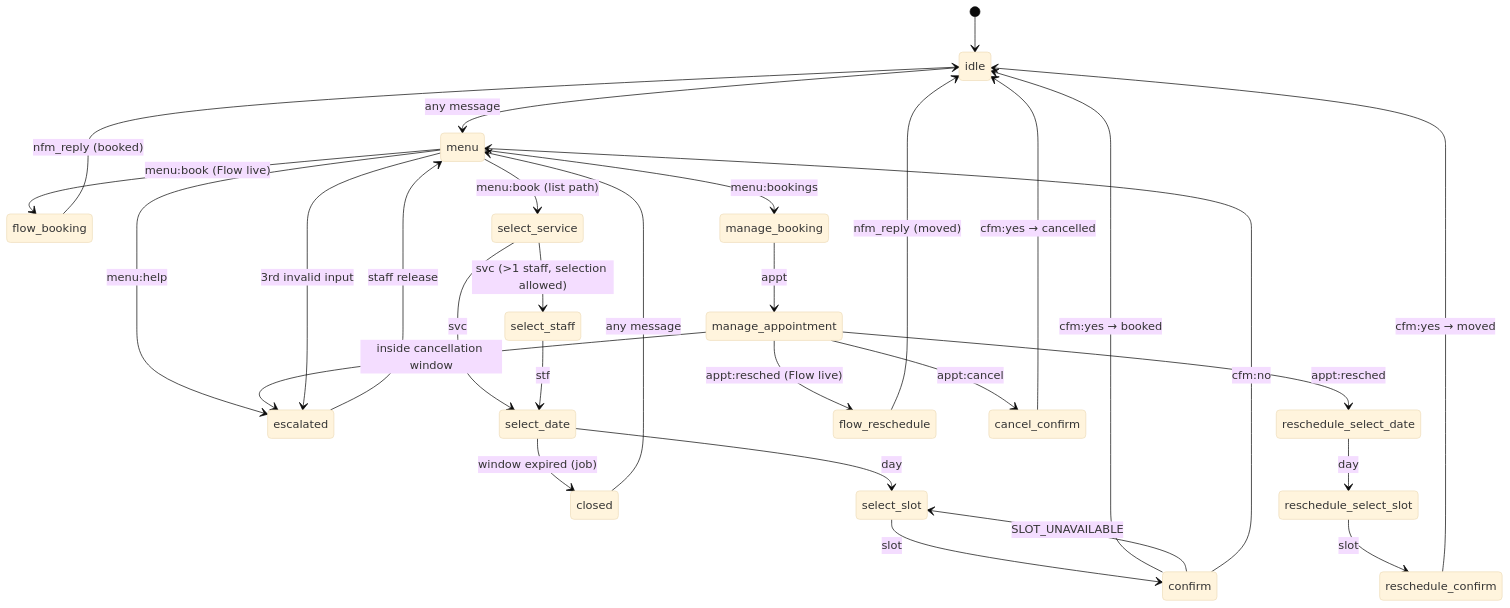
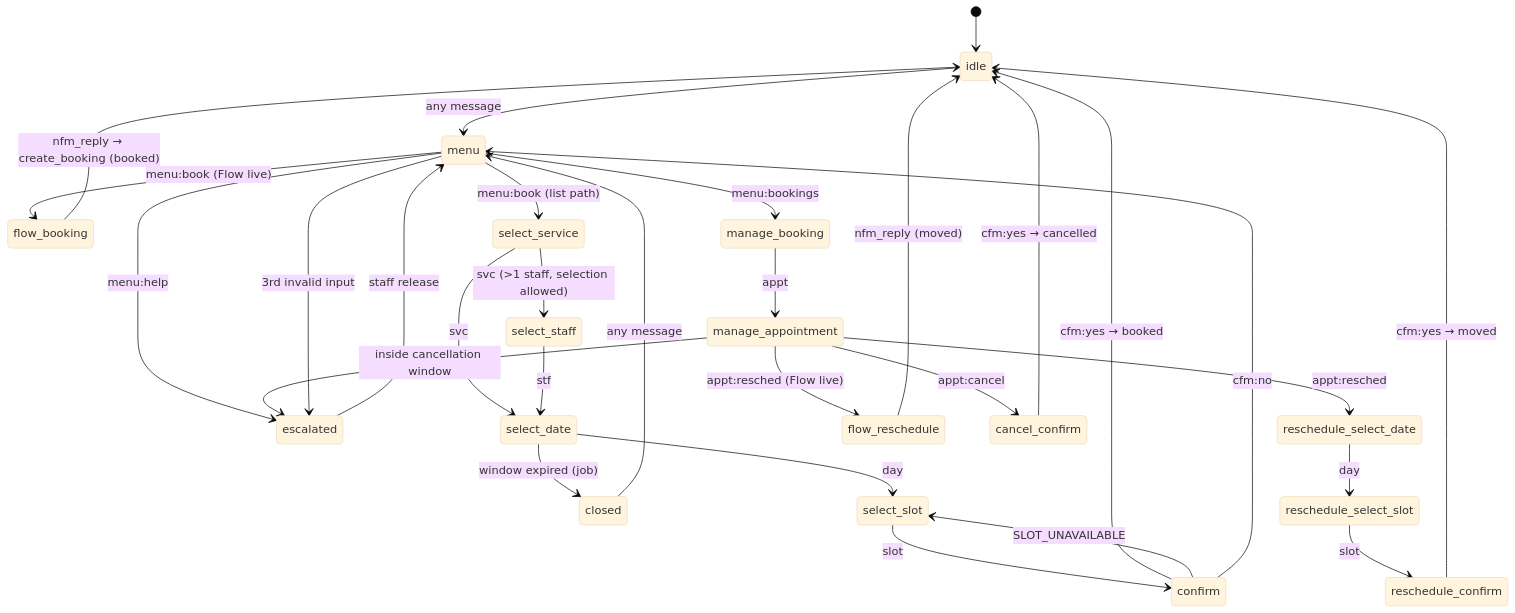
The diagram in docs/whatsapp.md (Penetron-Returns/MobileAppProject), drawn with Mermaid (base theme) before and after one commit. The commit also changed other lines of this file and 17 other files, not shown here.

First line of the commit message:
Port the production booking Flow (SERVICE, DATETIME, SUMMARY) to the backend

````diff
--- a/docs/whatsapp.md
+++ b/docs/whatsapp.md
@@ -131,32 +131,32 @@
 ```mermaid
 stateDiagram-v2
     [*] --> idle
     idle --> menu: any message
     closed --> menu: any message
     menu --> flow_booking: menu:book (Flow live)
     menu --> select_service: menu:book (list path)
     menu --> manage_booking: menu:bookings
     menu --> escalated: menu:help
     select_service --> select_staff: svc (>1 staff, selection allowed)
     select_service --> select_date: svc
     select_staff --> select_date: stf
     select_date --> select_slot: day
     select_slot --> confirm: slot
     confirm --> idle: cfm:yes → booked
     confirm --> select_slot: SLOT_UNAVAILABLE
     confirm --> menu: cfm:no
-    flow_booking --> idle: nfm_reply (booked)
+    flow_booking --> idle: nfm_reply → create_booking (booked)
     manage_booking --> manage_appointment: appt
     manage_appointment --> reschedule_select_date: appt:resched
     manage_appointment --> flow_reschedule: appt:resched (Flow live)
     manage_appointment --> cancel_confirm: appt:cancel
     manage_appointment --> escalated: inside cancellation window
     reschedule_select_date --> reschedule_select_slot: day
     reschedule_select_slot --> reschedule_confirm: slot
     reschedule_confirm --> idle: cfm:yes → moved
     flow_reschedule --> idle: nfm_reply (moved)
     cancel_confirm --> idle: cfm:yes → cancelled
     menu --> escalated: 3rd invalid input
     escalated --> menu: staff release
     select_date --> closed: window expired (job)
 ```
````
